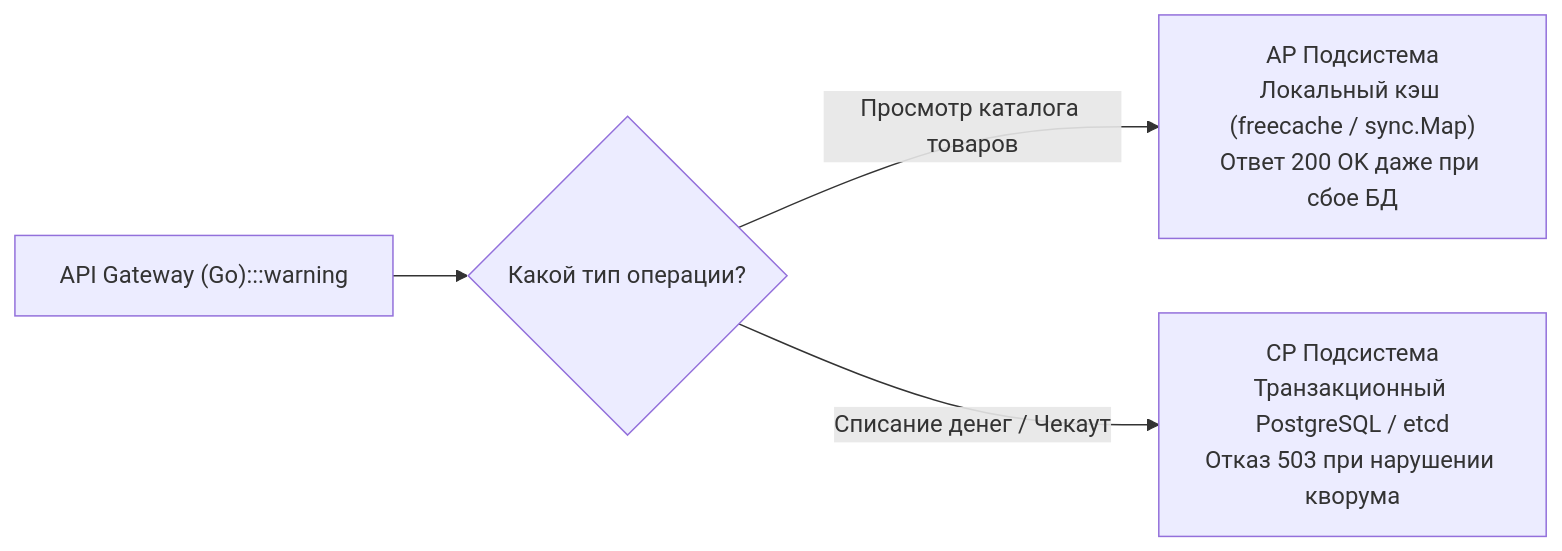
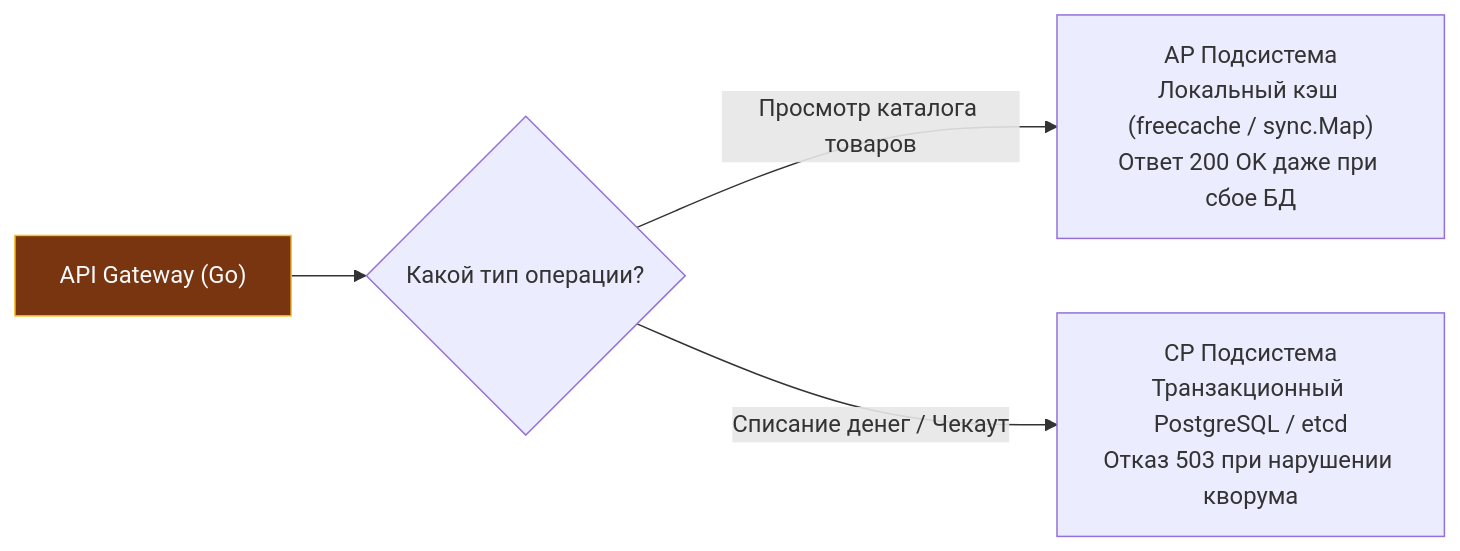
The fourth of 4 diagrams in sources/14. Распределенные системы на Go/01. Основы/7. CAP теорема на практике.md (UnrealTemplier/go-textbook-ru), drawn with Mermaid before and after one commit. The commit also changed other lines of this file and 166 other files, not shown here.

First line of the commit message:
fix(mermaid): move :::class out of quoted node labels

````diff
--- a/sources/14. Распределенные системы на Go/01. Основы/7. CAP теорема на практике.md
+++ b/sources/14. Распределенные системы на Go/01. Основы/7. CAP теорема на практике.md
@@ -202,18 +202,18 @@
 ```mermaid
 flowchart LR
     classDef process  fill:#1e293b,stroke:#38bdf8,stroke-width:1px,color:#f8fafc
     classDef success  fill:#064e3b,stroke:#34d399,stroke-width:1px,color:#f8fafc
     classDef error    fill:#7f1d1d,stroke:#f87171,stroke-width:1px,color:#f8fafc
     classDef warning  fill:#78350f,stroke:#fbbf24,stroke-width:1px,color:#f8fafc
     classDef entry    fill:#1e3a5f,stroke:#38bdf8,stroke-width:2px,color:#f8fafc
     classDef aux      fill:#334155,stroke:#64748b,stroke-width:1px,color:#f8fafc
     classDef system   fill:#312e81,stroke:#a78bfa,stroke-width:1px,color:#f8fafc
     classDef data     fill:#132d29,stroke:#2dd4bf,stroke-width:1px,color:#f8fafc
     classDef network  fill:#881337,stroke:#fb7185,stroke-width:1px,color:#f8fafc
     classDef accent   fill:#1e1b4b,stroke:#818cf8,stroke-width:1px,color:#f8fafc
-    Ingress["API Gateway (Go):::warning"] --> Route{"Какой тип операции?"}
+    Ingress["API Gateway (Go)"]:::warning --> Route{"Какой тип операции?"}
     
     Route -->|"Просмотр каталога товаров"| AP["AP Подсистема<br>Локальный кэш (freecache / sync.Map)<br>Ответ 200 OK даже при сбое БД"]
     
     Route -->|"Списание денег / Чекаут"| CP["CP Подсистема<br>Транзакционный PostgreSQL / etcd<br>Отказ 503 при нарушении кворума"]
 ```
````
